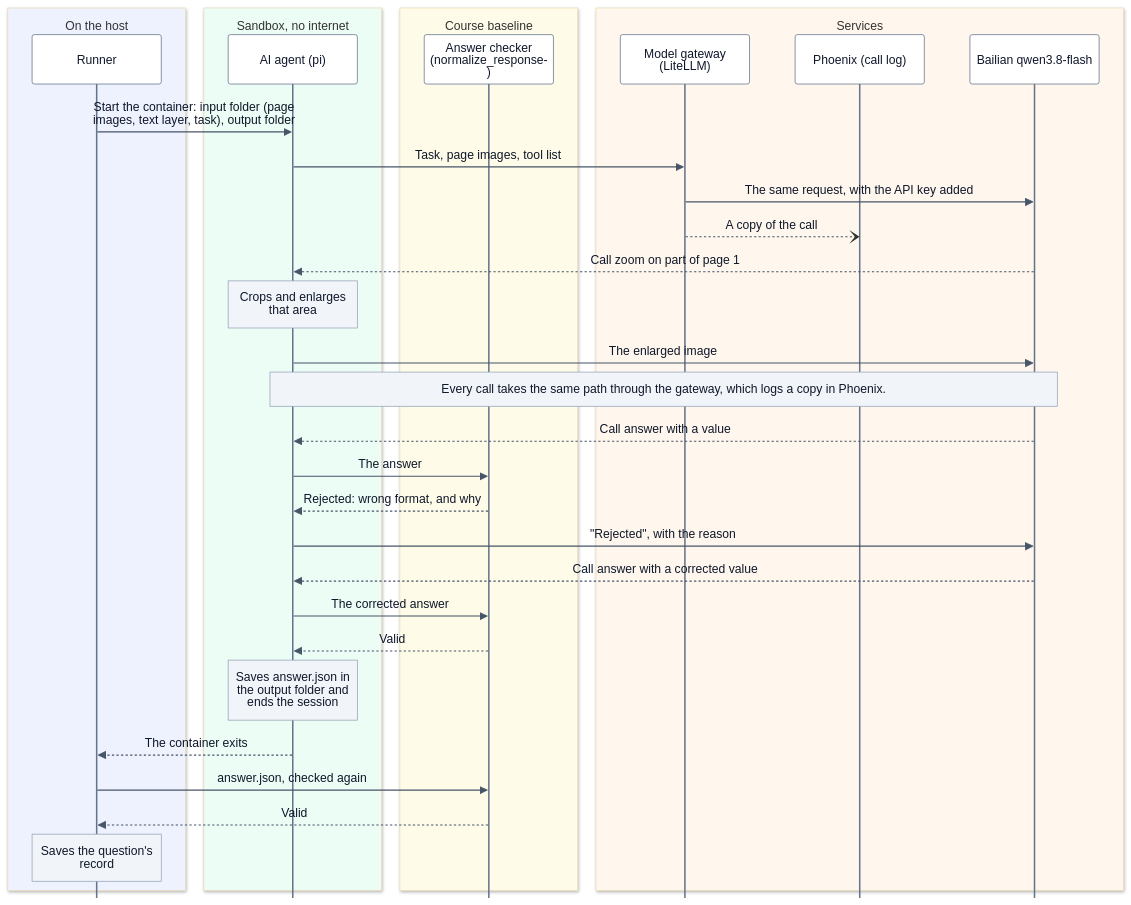
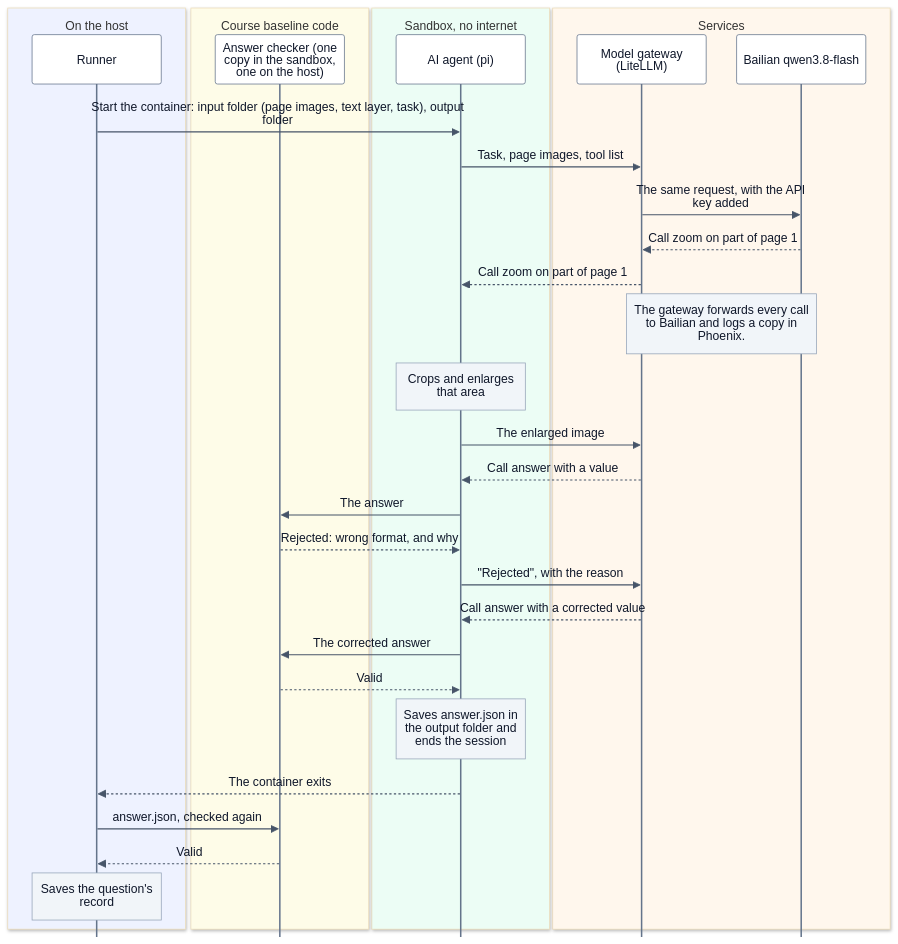
Before and after one commit to eric15342335/AIFep-FDU.github.io: the diagram in docs/diagrams/session-sequence.mmd, drawn with Mermaid. The commit also changed 11 other files, not shown here.

First line of the commit message:
Diagrams: fixes from a second design review

```diff
--- a/docs/diagrams/session-sequence.mmd
+++ b/docs/diagrams/session-sequence.mmd
@@ -1,39 +1,38 @@
-%%{init: {"theme": "base", "themeVariables": {"fontSize": "16px", "actorBkg": "#ffffff", "actorBorder": "#64748b", "actorTextColor": "#0f172a", "noteBkgColor": "#f1f5f9", "noteBorderColor": "#94a3b8", "noteTextColor": "#0f172a", "signalColor": "#475569", "signalTextColor": "#0f172a"}, "sequence": {"mirrorActors": false, "noteMargin": 14, "boxMargin": 12, "boxTextMargin": 8, "messageMargin": 40, "actorMargin": 60, "wrap": true, "width": 170}}}%%
+%%{init: {"theme": "base", "themeVariables": {"fontSize": "16px", "actorBkg": "#ffffff", "actorBorder": "#64748b", "actorTextColor": "#0f172a", "noteBkgColor": "#f1f5f9", "noteBorderColor": "#94a3b8", "noteTextColor": "#0f172a", "signalColor": "#475569", "signalTextColor": "#0f172a"}, "sequence": {"mirrorActors": false, "noteMargin": 14, "boxMargin": 12, "boxTextMargin": 8, "messageMargin": 40, "actorMargin": 40, "wrap": true, "width": 170}}}%%
 %% Who talks to whom for one ordinary question, with one rejected answer.
 %% Every other branch (the reminder, the last answer-only turn, the 30-minute limit) is in question-states.mmd.
 sequenceDiagram
     box rgb(238,242,255) On the host
         participant R as Runner
     end
+    box rgb(254,252,232) Course baseline code
+        participant C as Answer checker (one copy in the sandbox, one on the host)
+    end
     box rgb(236,253,245) Sandbox, no internet
         participant S as AI agent (pi)
     end
-    box rgb(254,252,232) Course baseline
-        participant C as Answer checker (normalize_response)
-    end
     box rgb(255,247,237) Services
         participant G as Model gateway (LiteLLM)
-        participant P as Phoenix (call log)
         participant M as Bailian qwen3.8-flash
     end
 
     R->>S: Start the container: input folder (page images, text layer, task), output folder
     S->>G: Task, page images, tool list
     G->>M: The same request, with the API key added
-    G--)P: A copy of the call
-    M-->>S: Call zoom on part of page 1
+    M-->>G: Call zoom on part of page 1
+    G-->>S: Call zoom on part of page 1
+    Note over G,M: The gateway forwards every call to Bailian and logs a copy in Phoenix.
     Note over S: Crops and enlarges that area
-    S->>M: The enlarged image
-    Note over S,M: Every call takes the same path through the gateway, which logs a copy in Phoenix.
-    M-->>S: Call answer with a value
+    S->>G: The enlarged image
+    G-->>S: Call answer with a value
     S->>C: The answer
     C-->>S: Rejected: wrong format, and why
-    S->>M: "Rejected", with the reason
-    M-->>S: Call answer with a corrected value
+    S->>G: "Rejected", with the reason
+    G-->>S: Call answer with a corrected value
     S->>C: The corrected answer
     C-->>S: Valid
     Note over S: Saves answer.json in the output folder and ends the session
     S-->>R: The container exits
     R->>C: answer.json, checked again
     C-->>R: Valid
     Note over R: Saves the question's record
```
